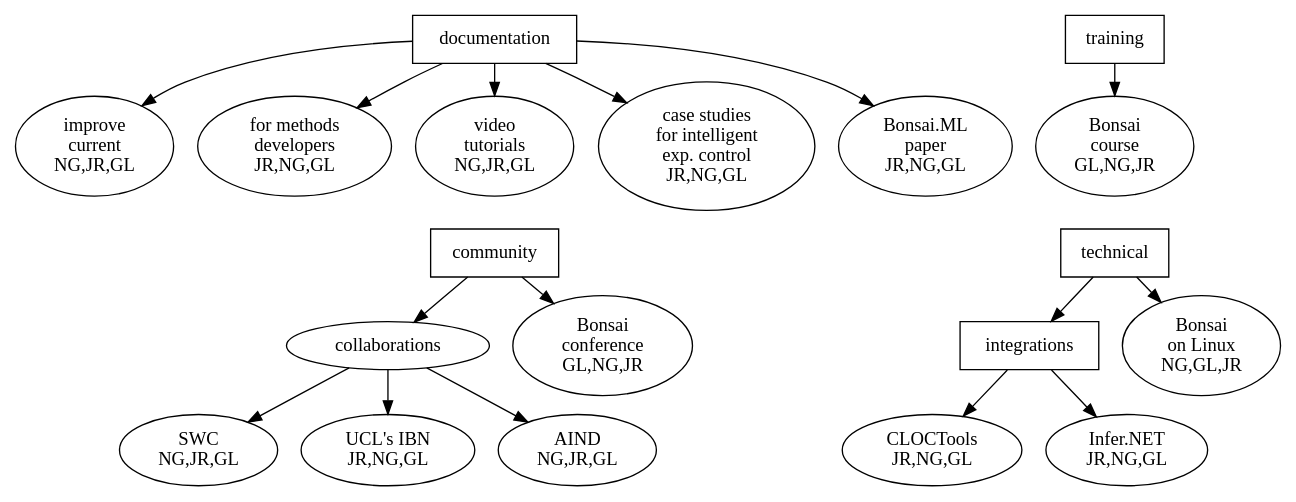
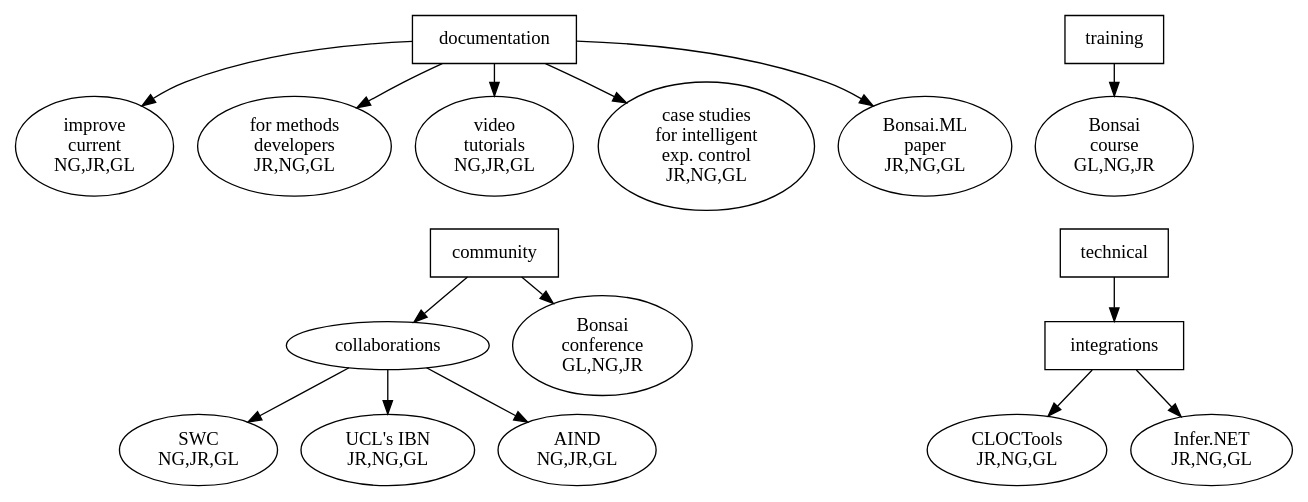
One commit to joacorapela/rsmf2025 changed the diagram in application/activitiesGraphs/activities_larger.dot. Above: the diagram before and after it, drawn with Graphviz. The commit also changed 1 other file, not shown here.

Commit message:
Removed Bonsai on Linux

```diff
--- a/application/activitiesGraphs/activities_larger.dot
+++ b/application/activitiesGraphs/activities_larger.dot
@@ -1,36 +1,35 @@
 digraph {
   layout=dot;
   ranksep=0.2;
 
   documentation [shape=box];
   documentation -> "improve\ncurrent\nNG,JR,GL";
   documentation -> "for methods\ndevelopers\nJR,NG,GL";
   documentation -> "video\ntutorials\nNG,JR,GL";
   documentation -> "case studies\nfor intelligent\nexp. control\nJR,NG,GL";
   documentation -> "Bonsai.ML\npaper\nJR,NG,GL";
 
   training [shape=box];
   training -> "Bonsai\ncourse\nGL,NG,JR";
 
   "video\ntutorials\nNG,JR,GL" -> community [style=invis];
 
   community [shape=box];
   community -> collaborations;
   community -> "Bonsai\nconference\nGL,NG,JR";
   collaborations -> "SWC\nNG,JR,GL";
   collaborations -> "UCL's IBN\nJR,NG,GL";
   collaborations -> "AIND\nNG,JR,GL";
 
   "Bonsai\ncourse\nGL,NG,JR" -> technical [style=invis];
 
   technical [shape=box];
   technical -> integrations;
   integrations [shape=box];
   integrations -> "CLOCTools\nJR,NG,GL";
   integrations -> "Infer.NET\nJR,NG,GL";
-  technical -> "Bonsai\non Linux\nNG,GL,JR";
 
 
   /* { rank=same; documentation training community technical } */
 
 }
```
